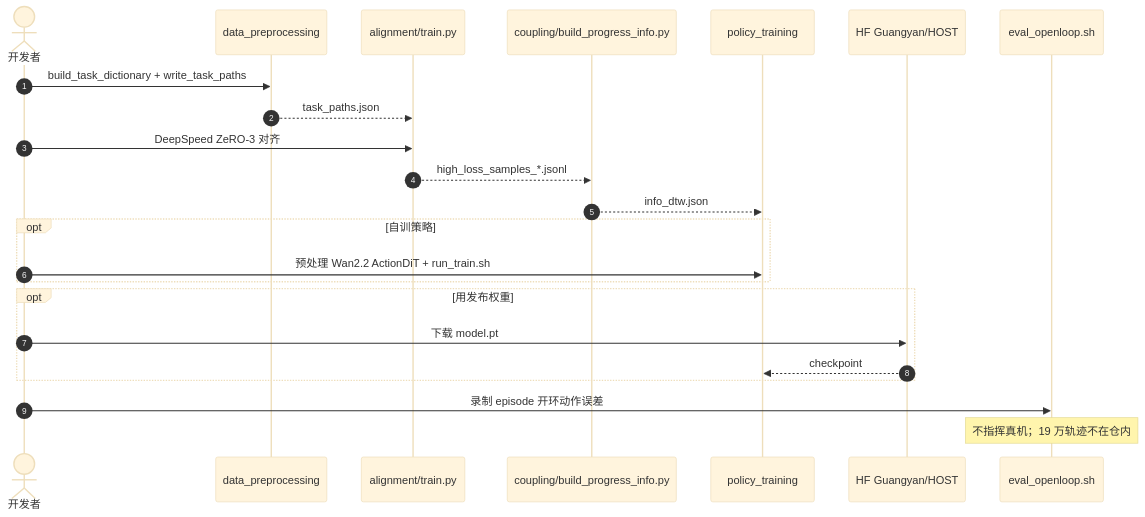
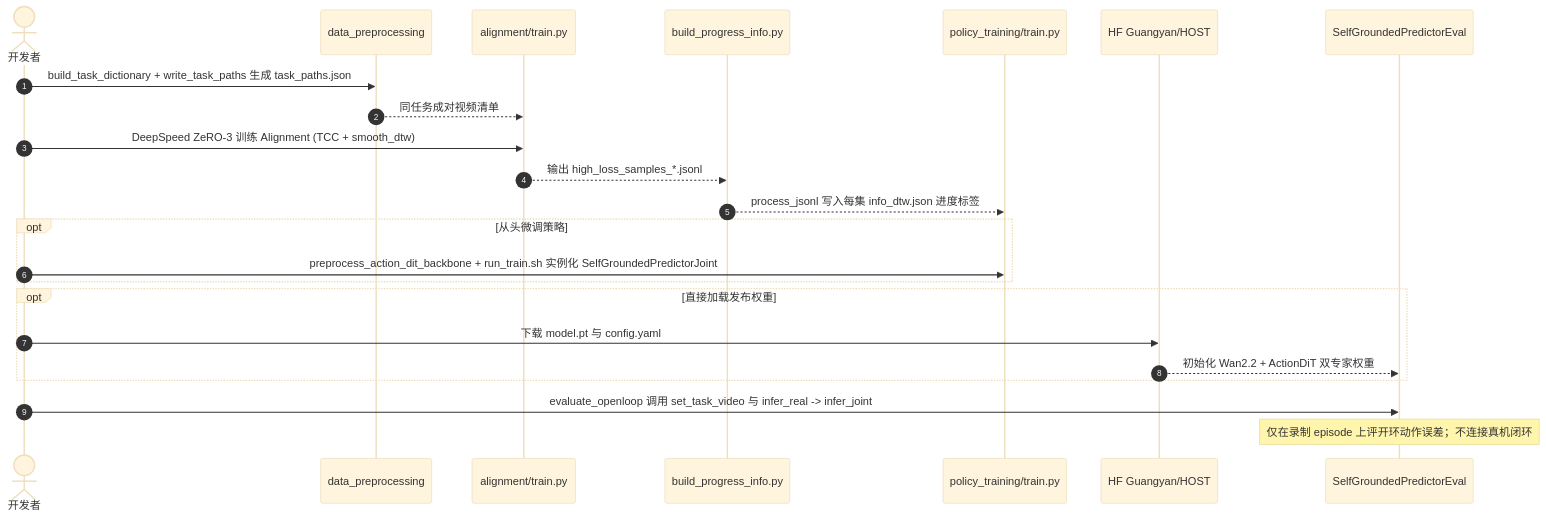
The second of 2 diagrams in wiki/entities/paper-host-one-shot-human-video.md (ImChong/Robotics_Notebooks), drawn with Mermaid (base theme) before and after one commit. The commit also changed other lines of this file and 73 other files, not shown here.

````diff
--- a/wiki/entities/paper-host-one-shot-human-video.md
+++ b/wiki/entities/paper-host-one-shot-human-video.md
@@ -111,25 +141,25 @@
 ```mermaid
 sequenceDiagram
     autonumber
     actor Dev as 开发者
     participant Prep as data_preprocessing
     participant Align as alignment/train.py
-    participant Coup as coupling/build_progress_info.py
-    participant Pol as policy_training
+    participant Coup as build_progress_info.py
+    participant Pol as policy_training/train.py
     participant HF as HF Guangyan/HOST
-    participant Eval as eval_openloop.sh
-    Dev->>Prep: build_task_dictionary + write_task_paths
-    Prep-->>Align: task_paths.json
-    Dev->>Align: DeepSpeed ZeRO-3 对齐
-    Align-->>Coup: high_loss_samples_*.jsonl
-    Coup-->>Pol: info_dtw.json
-    opt 自训策略
-        Dev->>Pol: 预处理 Wan2.2 ActionDiT + run_train.sh
+    participant Eval as SelfGroundedPredictorEval
+    Dev->>Prep: build_task_dictionary + write_task_paths 生成 task_paths.json
+    Prep-->>Align: 同任务成对视频清单
+    Dev->>Align: DeepSpeed ZeRO-3 训练 Alignment (TCC + smooth_dtw)
+    Align-->>Coup: 输出 high_loss_samples_*.jsonl
+    Coup-->>Pol: process_jsonl 写入每集 info_dtw.json 进度标签
+    opt 从头微调策略
+        Dev->>Pol: preprocess_action_dit_backbone + run_train.sh 实例化 SelfGroundedPredictorJoint
     end
-    opt 用发布权重
-        Dev->>HF: 下载 model.pt
-        HF-->>Pol: checkpoint
+    opt 直接加载发布权重
+        Dev->>HF: 下载 model.pt 与 config.yaml
+        HF-->>Eval: 初始化 Wan2.2 + ActionDiT 双专家权重
     end
-    Dev->>Eval: 录制 episode 开环动作误差
-    Note over Eval: 不指挥真机；19 万轨迹不在仓内
+    Dev->>Eval: evaluate_openloop 调用 set_task_video 与 infer_real -> infer_joint
+    Note over Eval: 仅在录制 episode 上评开环动作误差；不连接真机闭环
 ```
````
